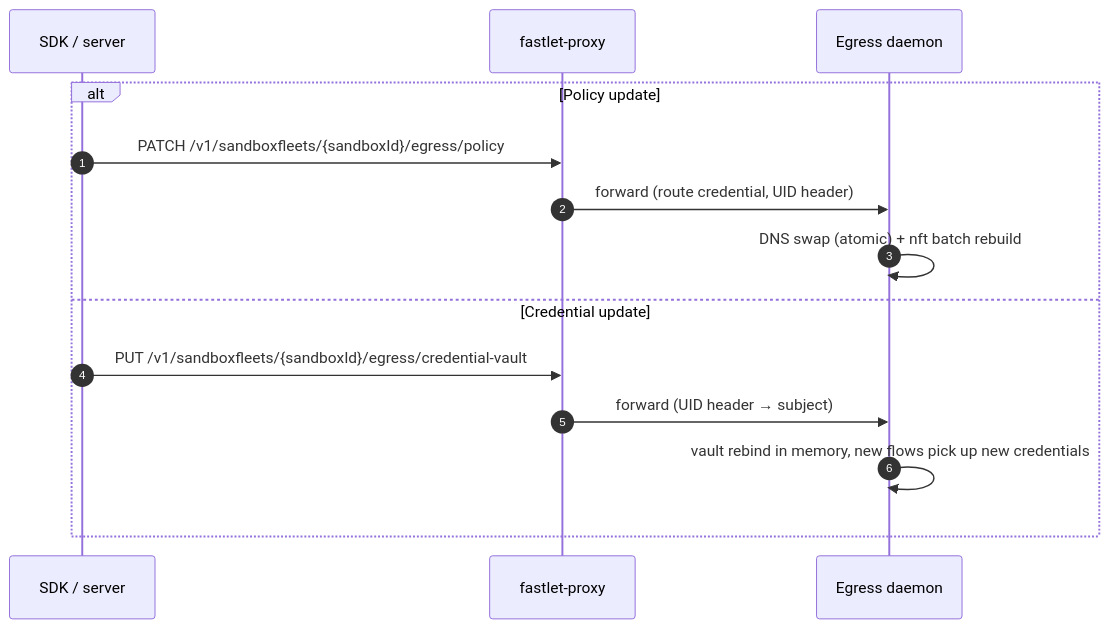
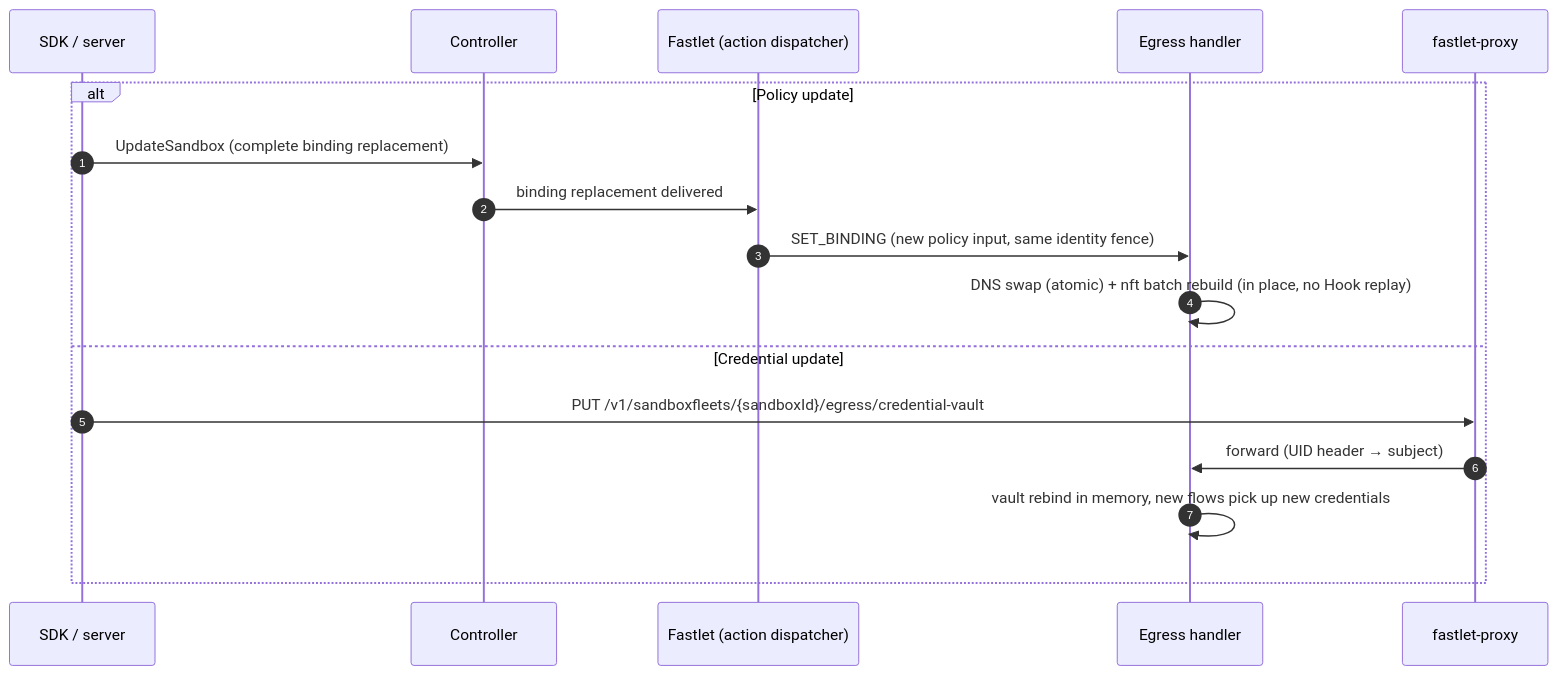
Before and after one commit to DoughOps/OpenSandbox: the second of 2 diagrams in oseps/0022-multi-sandbox-egress-control-plane.md, drawn with Mermaid. The commit also changed other lines of this file and 36 other files, not shown here.

First line of the commit message:
feat(egress): fastlet Sandbox Actions handler protocol for fleet profile (OSEP-0022) (#1678)

````diff
--- a/oseps/0022-multi-sandbox-egress-control-plane.md
+++ b/oseps/0022-multi-sandbox-egress-control-plane.md
@@ -171,17 +160,20 @@
 ```mermaid
 sequenceDiagram
     autonumber
     participant U as SDK / server
+    participant C as Controller
+    participant F as Fastlet (action dispatcher)
+    participant E as Egress handler
     participant P as fastlet-proxy
-    participant E as Egress daemon
 
     alt Policy update
-        U->>P: PATCH /v1/sandboxfleets/{sandboxId}/egress/policy
-        P->>E: forward (route credential, UID header)
-        E->>E: DNS swap (atomic) + nft batch rebuild
+        U->>C: UpdateSandbox (complete binding replacement)
+        C->>F: binding replacement delivered
+        F->>E: SET_BINDING (new policy input, same identity fence)
+        E->>E: DNS swap (atomic) + nft batch rebuild (in place, no Hook replay)
     else Credential update
         U->>P: PUT /v1/sandboxfleets/{sandboxId}/egress/credential-vault
         P->>E: forward (UID header → subject)
         E->>E: vault rebind in memory, new flows pick up new credentials
     end
 ```
````
